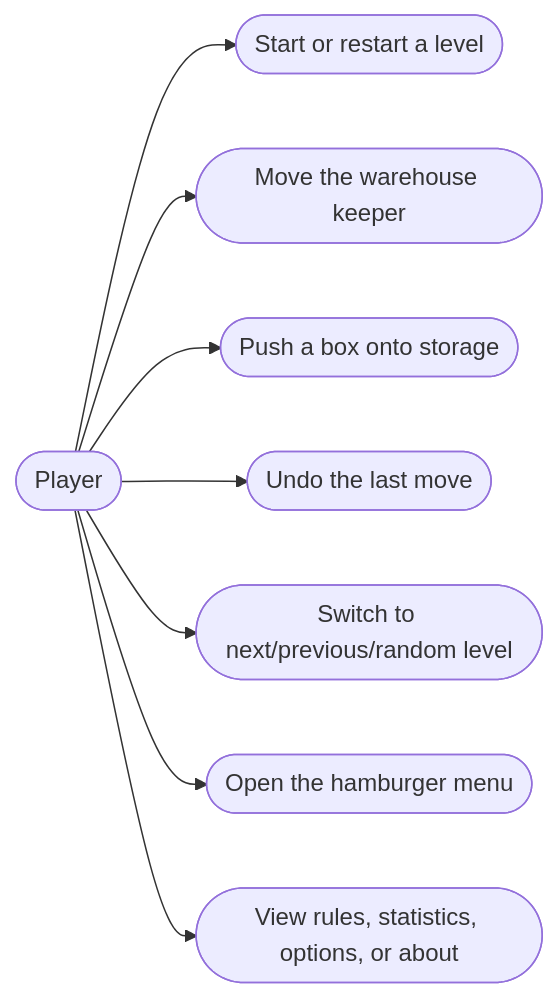
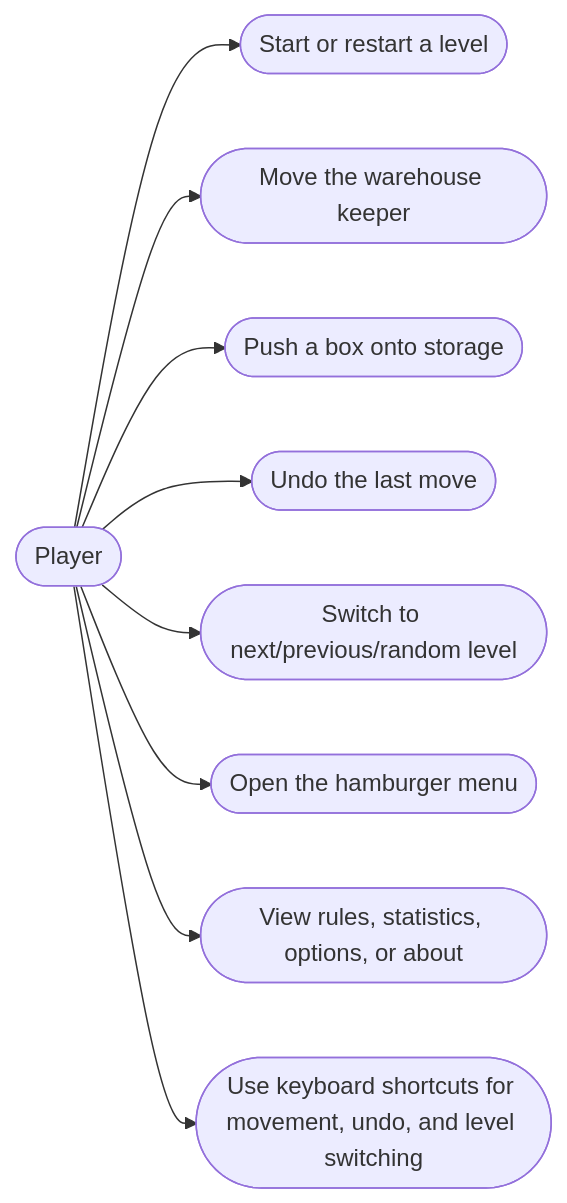
Before and after one commit to OMerkel/Sokoban: the first of 11 diagrams in doc/software_architecture.md, drawn with Mermaid. The commit also changed other lines of this file and 6 other files, not shown here.

First line of the commit message:
Add Ctrl+Z undo and Ctrl+G/Ctrl+Shift+G level-switch shortcuts

````diff
--- a/doc/software_architecture.md
+++ b/doc/software_architecture.md
@@ -72,19 +72,21 @@
 ```mermaid
 flowchart LR
   Player([Player])
   UC1([Start or restart a level])
   UC2([Move the warehouse keeper])
   UC3([Push a box onto storage])
   UC4([Undo the last move])
   UC5([Switch to next/previous/random level])
   UC6([Open the hamburger menu])
   UC7([View rules, statistics, options, or about])
+  UC8([Use keyboard shortcuts for movement, undo, and level switching])
 
   Player --> UC1
   Player --> UC2
   Player --> UC3
   Player --> UC4
   Player --> UC5
   Player --> UC6
   Player --> UC7
+  Player --> UC8
 ```
````
